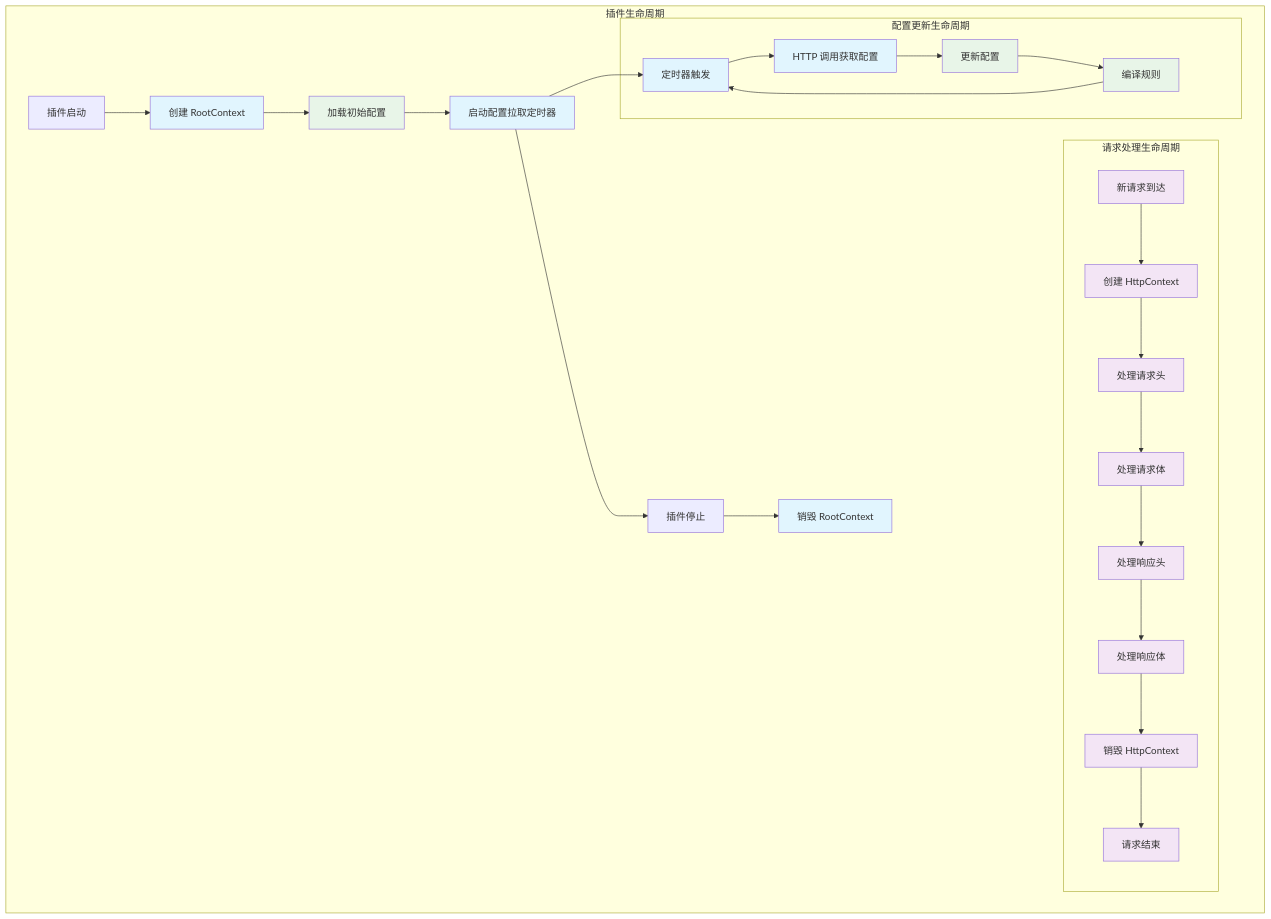
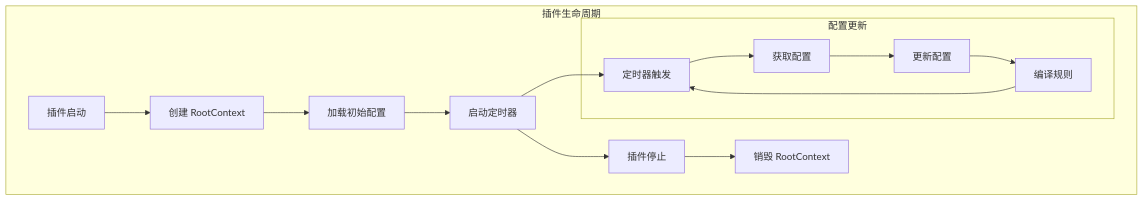
Before and after one commit to kalahetun/Minesweeper: the first of 3 diagrams in executor/docs/dev_doc/WASM_PLUGIN_DEEP_DIVE.md, drawn with Mermaid. The commit also changed other lines of this file and 9 other files, not shown here.

````diff
--- a/executor/docs/dev_doc/WASM_PLUGIN_DEEP_DIVE.md
+++ b/executor/docs/dev_doc/WASM_PLUGIN_DEEP_DIVE.md
@@ -51,59 +32,30 @@
 ```mermaid
 graph TB
     subgraph "插件生命周期"
         PluginStart[插件启动]
         RootCreate[创建 RootContext]
         ConfigLoad[加载初始配置]
-        TimerStart[启动配置拉取定时器]
+        TimerStart[启动定时器]
         
-        subgraph "请求处理生命周期"
-            RequestStart[新请求到达]
-            HttpCreate[创建 HttpContext]
-            RequestHeaders[处理请求头]
-            RequestBody[处理请求体]
-            ResponseHeaders[处理响应头]
-            ResponseBody[处理响应体]
-            HttpDestroy[销毁 HttpContext]
-            RequestEnd[请求结束]
-        end
-        
-        subgraph "配置更新生命周期"
+        subgraph "配置更新"
             TimerTick[定时器触发]
-            HttpCall[HTTP 调用获取配置]
+            HttpCall[获取配置]
             ConfigUpdate[更新配置]
             RulesCompile[编译规则]
         end
         
         PluginStop[插件停止]
         RootDestroy[销毁 RootContext]
     end
     
     PluginStart --> RootCreate
     RootCreate --> ConfigLoad
     ConfigLoad --> TimerStart
-    
-    RequestStart --> HttpCreate
-    HttpCreate --> RequestHeaders
-    RequestHeaders --> RequestBody
-    RequestBody --> ResponseHeaders
-    ResponseHeaders --> ResponseBody
-    ResponseBody --> HttpDestroy
-    HttpDestroy --> RequestEnd
-    
     TimerStart --> TimerTick
     TimerTick --> HttpCall
     HttpCall --> ConfigUpdate
     ConfigUpdate --> RulesCompile
     RulesCompile --> TimerTick
-    
     TimerStart --> PluginStop
     PluginStop --> RootDestroy
-    
-    classDef root fill:#e1f5fe
-    classDef http fill:#f3e5f5
-    classDef config fill:#e8f5e8
-    
-    class RootCreate,ConfigLoad,TimerStart,TimerTick,HttpCall,ConfigUpdate,RulesCompile,RootDestroy root
-    class RequestStart,HttpCreate,RequestHeaders,RequestBody,ResponseHeaders,ResponseBody,HttpDestroy,RequestEnd http
-    class ConfigLoad,ConfigUpdate,RulesCompile config
 ```
````
